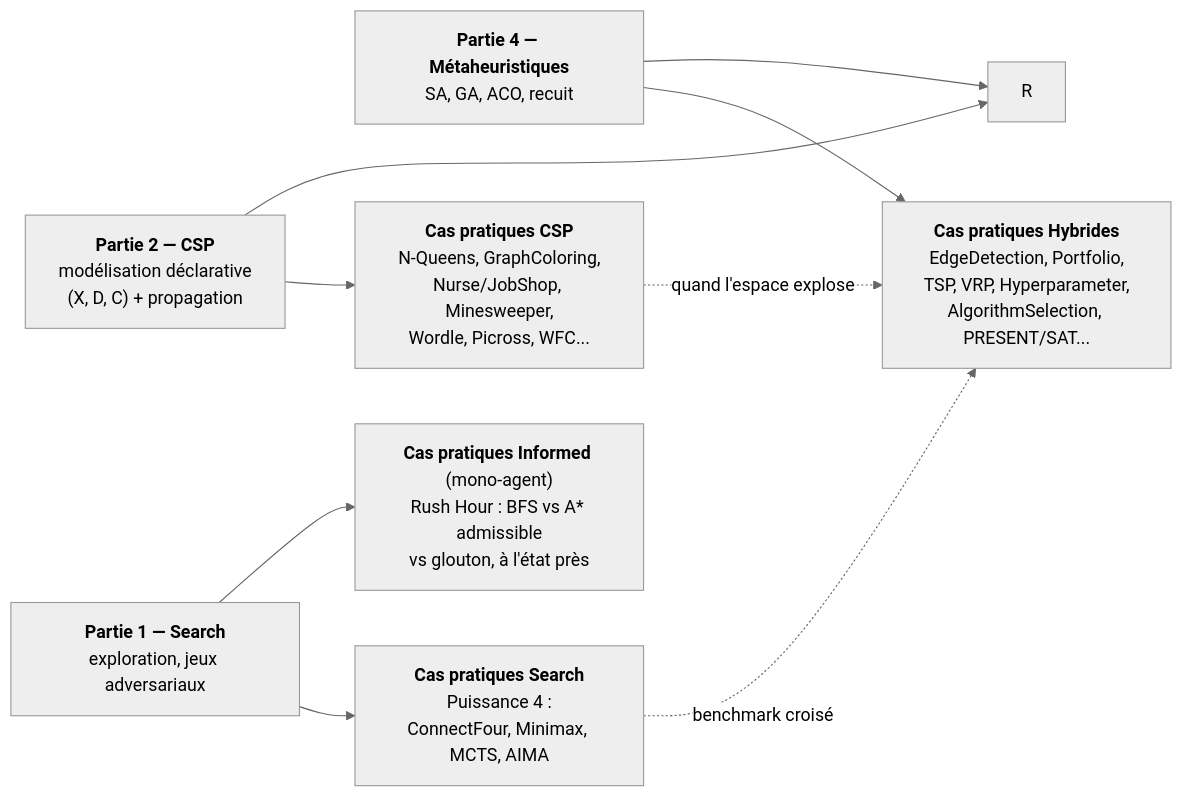
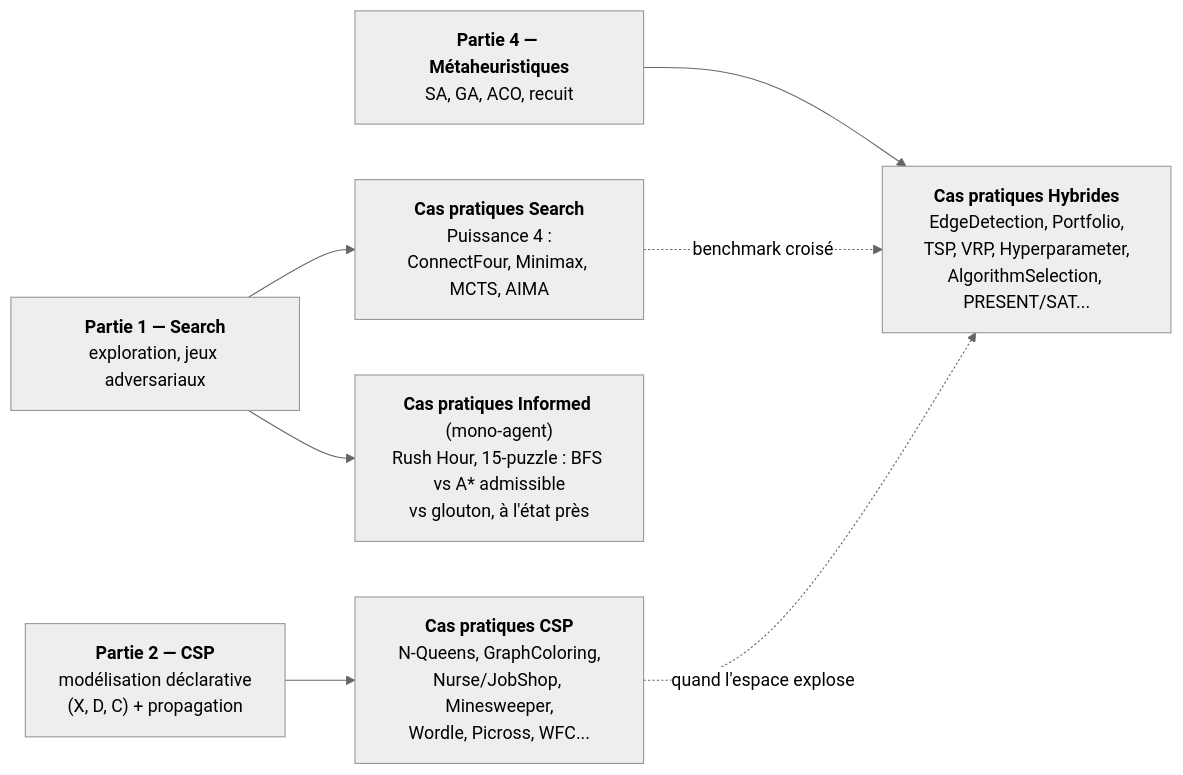
Before and after one commit to jsboige/CoursIA: the diagram in MyIA.AI.Notebooks/Search/Part3-Cas-pratiques/README.md, drawn with Mermaid (neutral theme). The commit also changed other lines of this file, not shown here.

Commit message:
Fix(readme,#3973): Part3-Cas-pratiques passe en forme cible - jumeaux fusionnes, numeros nus

````diff
--- a/MyIA.AI.Notebooks/Search/Part3-Cas-pratiques/README.md
+++ b/MyIA.AI.Notebooks/Search/Part3-Cas-pratiques/README.md
@@ -40,18 +48,16 @@
 ```mermaid
 flowchart LR
     P1["<b>Partie 1 — Search</b><br/>exploration, jeux adversariaux"]
     P2["<b>Partie 2 — CSP</b><br/>modélisation déclarative<br/>(X, D, C) + propagation"]
     P4["<b>Partie 4 — Métaheuristiques</b><br/>SA, GA, ACO, recuit"]
     S["<b>Cas pratiques Search</b><br/>Puissance 4 :<br/>ConnectFour, Minimax, MCTS, AIMA"]
     C["<b>Cas pratiques CSP</b><br/>N-Queens, GraphColoring,<br/>Nurse/JobShop, Minesweeper,<br/>Wordle, Picross, WFC..."]
     H["<b>Cas pratiques Hybrides</b><br/>EdgeDetection, Portfolio,<br/>TSP, VRP, Hyperparameter,<br/>AlgorithmSelection, PRESENT/SAT..."]
-    I["<b>Cas pratiques Informed</b> (mono-agent)<br/>Rush Hour : BFS vs A* admissible<br/>vs glouton, à l'état près"]
+    I["<b>Cas pratiques Informed</b> (mono-agent)<br/>Rush Hour, 15-puzzle : BFS vs A* admissible<br/>vs glouton, à l'état près"]
     P1 --> S
     P1 --> I
     P2 --> C
     P4 --> H
-    P2 --> R
-    P4 --> R
     S -.->|"benchmark croisé"| H
     C -.->|"quand l'espace explose"| H
 ```
````
